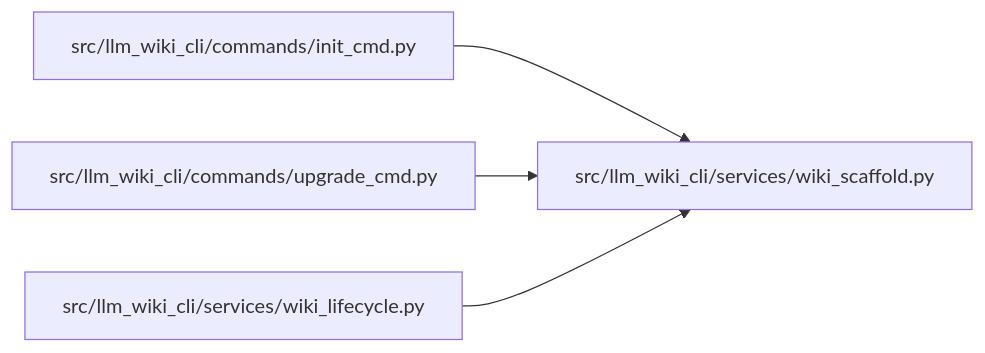
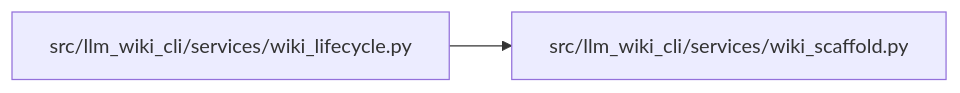
The diagram in docs/llm_wiki/modules/wiki_scaffold.md (Denissvgn/python-wiki-llm), drawn with Mermaid before and after one commit. The commit also changed other lines of this file and 364 other files, not shown here.

````diff
--- a/docs/llm_wiki/modules/wiki_scaffold.md
+++ b/docs/llm_wiki/modules/wiki_scaffold.md
@@ -22,14 +22,8 @@
 ```mermaid
 flowchart LR
-    n0["src/llm_wiki_cli/commands/init_cmd.py"]
-    n1["src/llm_wiki_cli/commands/upgrade_cmd.py"]
-    n2["src/llm_wiki_cli/services/wiki_lifecycle.py"]
-    n3["src/llm_wiki_cli/services/wiki_scaffold.py"]
-    n0 --> n3
-    n1 --> n3
-    n2 --> n3
-    click n0 "../modules/init_cmd.md"
-    click n1 "../modules/upgrade_cmd.md"
-    click n2 "../modules/wiki_lifecycle.md"
-    click n3 "../modules/wiki_scaffold.md"
+    n0["src/llm_wiki_cli/services/wiki_lifecycle.py"]
+    n1["src/llm_wiki_cli/services/wiki_scaffold.py"]
+    n0 --> n1
+    click n0 "../modules/wiki_lifecycle.md"
+    click n1 "../modules/wiki_scaffold.md"
 ```
````
